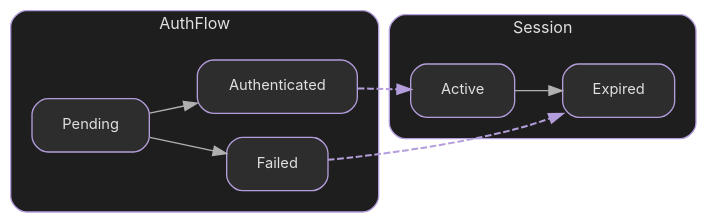
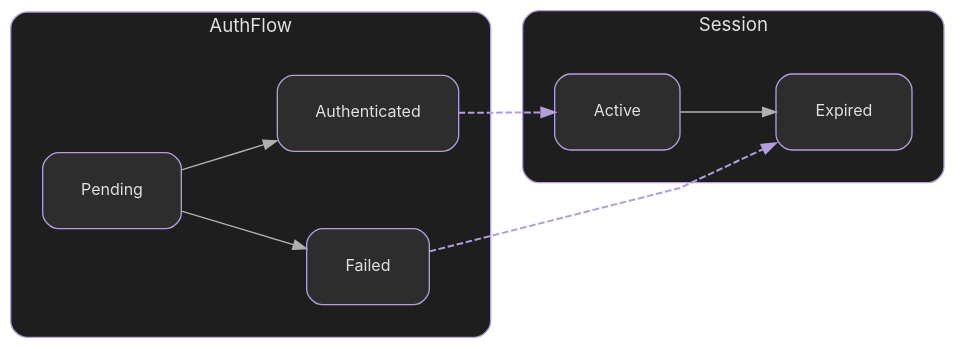
One commit to elijahr/nim-typestates changed the fifth of 5 diagrams in docs/guide/visualization.md. Above: the diagram before and after it, drawn with Graphviz. The commit also changed other lines of this file and 11 other files, not shown here.

````diff
--- a/docs/guide/visualization.md
+++ b/docs/guide/visualization.md
@@ -340,48 +349,51 @@
 ```dot
 digraph {
   rankdir=LR;
+  splines=polyline;
+  nodesep=0.8;
+  ranksep=1.0;
   bgcolor="transparent";
-  pad=0.5;
+  pad=1.0;
 
-  node [shape=box, style="rounded,filled", fillcolor="#2d2d2d", color="#b39ddb", fontcolor="#e0e0e0", fontname="Inter, SF Pro Display, -apple-system, BlinkMacSystemFont, Segoe UI, Roboto, sans-serif", fontsize=11, margin="0.3,0.2"];
-  edge [fontname="Inter, SF Pro Display, -apple-system, BlinkMacSystemFont, Segoe UI, Roboto, sans-serif", fontsize=9, color="#b0b0b0"];
+  node [shape=box, style="rounded,filled", fillcolor="#2d2d2d", color="#b39ddb", fontcolor="#e0e0e0", fontname="Inter", fontsize=12, margin="0.4,0.3"];
+  edge [fontname="Inter", fontsize=9, color="#b0b0b0"];
 
   subgraph cluster_Session {
     label="Session";
-    fontname="Inter, SF Pro Display, -apple-system, BlinkMacSystemFont, Segoe UI, Roboto, sans-serif";
-    fontsize=12;
+    fontname="Inter";
+    fontsize=14;
     fontcolor="#e0e0e0";
     style="rounded";
     color="#b39ddb";
     bgcolor="#1e1e1e";
-    margin=16;
+    margin=24;
 
     Active;
     Expired;
 
     Active -> Expired;
   }
 
   subgraph cluster_AuthFlow {
     label="AuthFlow";
-    fontname="Inter, SF Pro Display, -apple-system, BlinkMacSystemFont, Segoe UI, Roboto, sans-serif";
-    fontsize=12;
+    fontname="Inter";
+    fontsize=14;
     fontcolor="#e0e0e0";
     style="rounded";
     color="#b39ddb";
     bgcolor="#1e1e1e";
-    margin=16;
+    margin=24;
 
     Pending;
     Authenticated;
     Failed;
 
     Pending -> Authenticated;
     Pending -> Failed;
   }
 
   // Bridges (cross-typestate)
   Authenticated -> Active [style=dashed, color="#b39ddb", penwidth=1.5];
   Failed -> Expired [style=dashed, color="#b39ddb", penwidth=1.5];
 }
 ```
````
